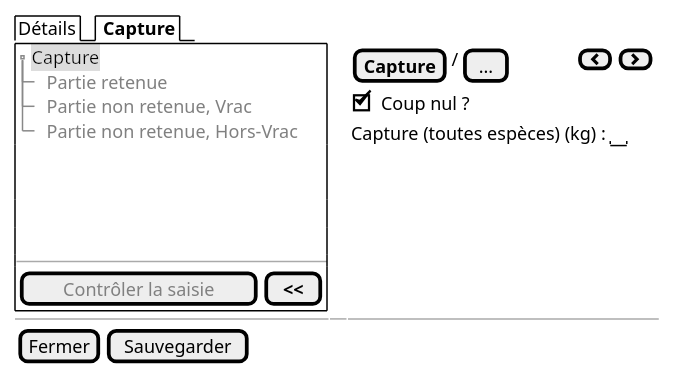
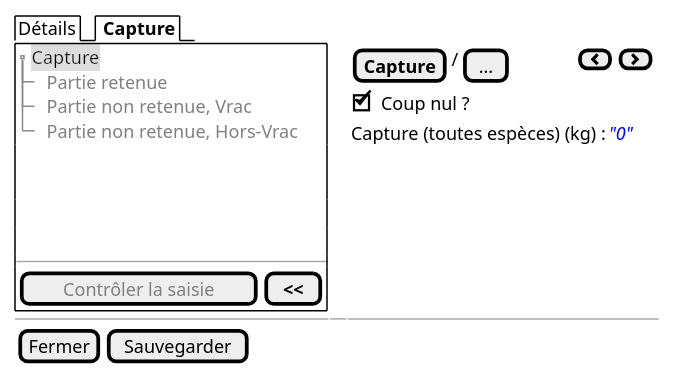
One commit to sumaris-net/sumaris-doc changed the diagram in projects/obsmer/spe/images/batch/batch-tree-null.puml. Above: the diagram before and after it, drawn with PlantUML. The commit also changed 6 other files, not shown here.

```diff
--- a/projects/obsmer/spe/images/batch/batch-tree-null.puml
+++ b/projects/obsmer/spe/images/batch/batch-tree-null.puml
@@ -1,30 +1,30 @@
 @startsalt
 {
   {/ Détails | <b> Capture }
   {+
     {T
          + <back:#DDD>Capture
          ++ <color:grey>Partie retenue
          ++ <color:grey>Partie non retenue, Vrac
          ++ <color:grey>Partie non retenue, Hors-Vrac
     }
     .
     .
     .
     .
     --
     {
        [<color:grey>Contrôler la saisie] | [ <b><< ]
     }
   } | . | {
 
    { [<b>Capture] | / | [...] | . | . | . | . | . | . | . | . | [<&chevron-left>] | [<&chevron-right>] }
 
        {[X] Coup nul ? }
-       {Capture (toutes espèces) (kg) : | " " }
+       {Capture (toutes espèces) (kg) : | <i><color:blue>"0" }
   }
 
   -- | -- | --
   { [Fermer] | [Sauvegarder] }
 }
 @endsalt
```
